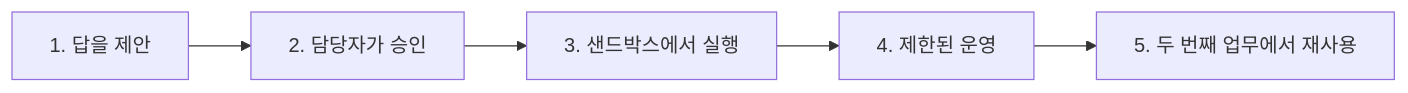
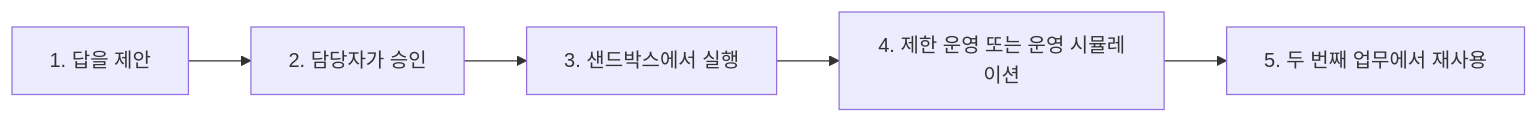
One commit to woogi-kang/ax-engineer-roadmap changed the diagram in projects/README.md. Above: the diagram before and after it, drawn with Mermaid. The commit also changed other lines of this file and 217 other files, not shown here.

First line of the commit message:
docs: refresh AX roadmap and retire legacy site (#29)

````diff
--- a/projects/README.md
+++ b/projects/README.md
@@ -15,7 +15,7 @@
 ```mermaid
 flowchart LR
     P1["1. 답을 제안"] --> P2["2. 담당자가 승인"]
     P2 --> P3["3. 샌드박스에서 실행"]
-    P3 --> P4["4. 제한된 운영"]
+    P3 --> P4["4. 제한 운영 또는 운영 시뮬레이션"]
     P4 --> P5["5. 두 번째 업무에서 재사용"]
 ```
````
